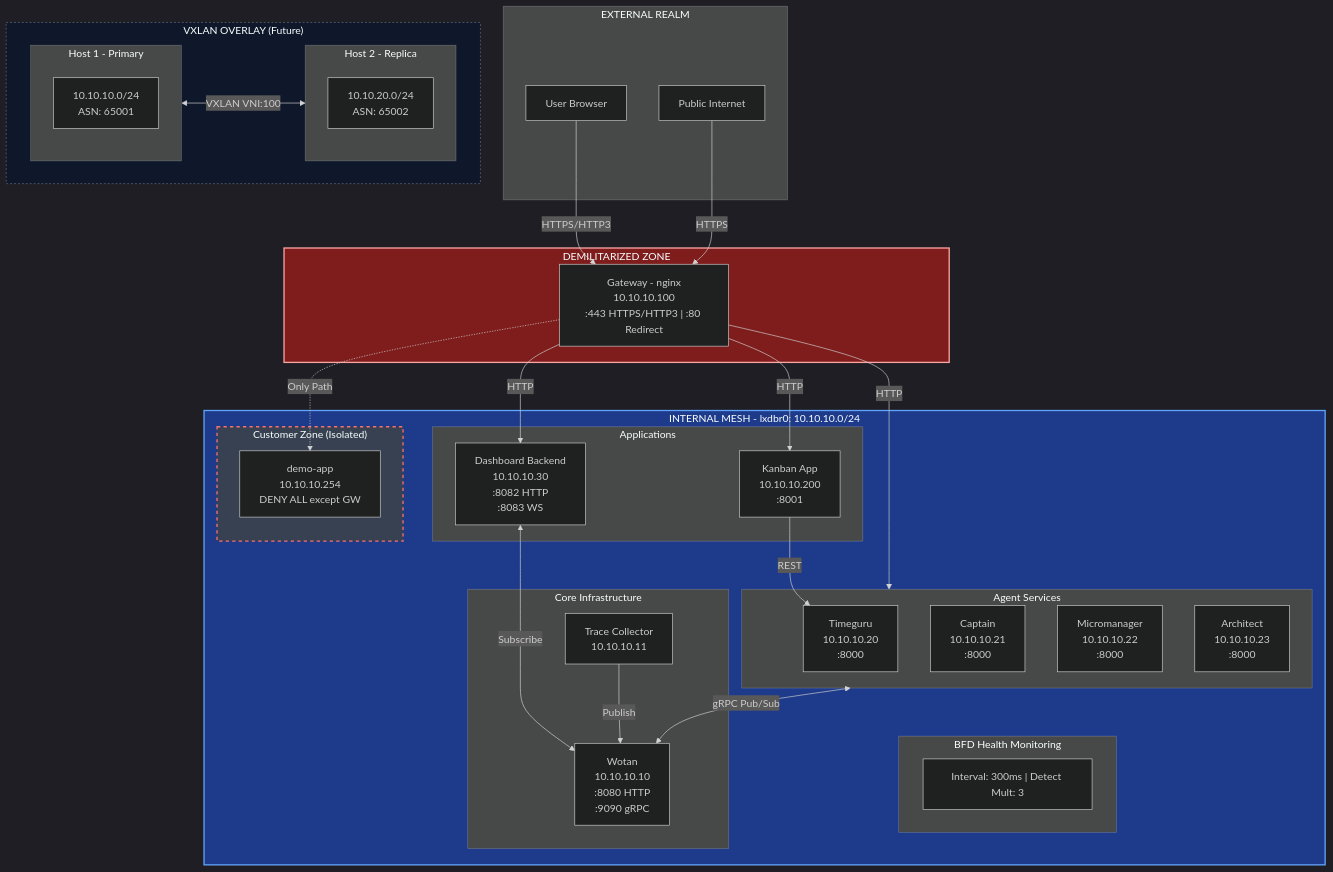
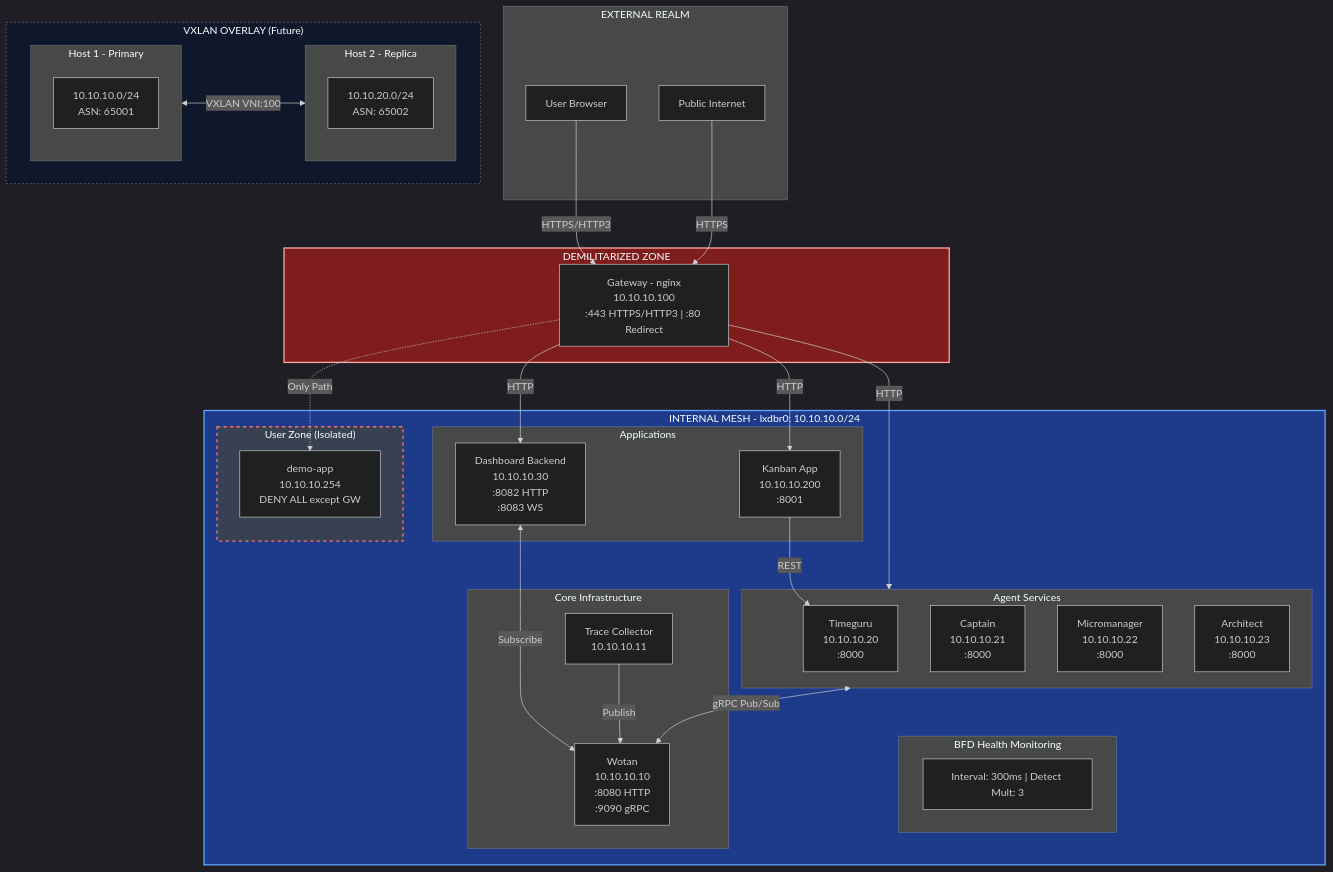
Before and after one commit to unheaded/unheaded: the fourth of 6 diagrams in docs/KINGDOM_ARCHITECTURE.md, drawn with Mermaid. The commit also changed other lines of this file and 47 other files, not shown here.

First line of the commit message:
docs(s37): documentation cleanup — customer→user, product→application, remove champagne/dogfooding

````diff
--- a/docs/KINGDOM_ARCHITECTURE.md
+++ b/docs/KINGDOM_ARCHITECTURE.md
@@ -782,67 +782,67 @@
 ```mermaid
 %%{init: {'theme': 'dark'}}%%
 flowchart TB
     subgraph EXTERNAL["EXTERNAL REALM"]
         BROWSER["User Browser"]
         INTERNET["Public Internet"]
     end
 
     subgraph DMZ["DEMILITARIZED ZONE"]
         GW["Gateway - nginx<br/>10.10.10.100<br/>:443 HTTPS/HTTP3 | :80 Redirect"]
     end
 
     subgraph MESH["INTERNAL MESH - lxdbr0: 10.10.10.0/24"]
         subgraph BFD["BFD Health Monitoring"]
             BFD_DESC["Interval: 300ms | Detect Mult: 3"]
         end
 
         subgraph CORE["Core Infrastructure"]
             WOTAN["Wotan<br/>10.10.10.10<br/>:8080 HTTP<br/>:9090 gRPC"]
             TRACE["Trace Collector<br/>10.10.10.11"]
         end
 
         subgraph AGENTS["Agent Services"]
             TIME["Timeguru<br/>10.10.10.20<br/>:8000"]
             CAP["Captain<br/>10.10.10.21<br/>:8000"]
             MICRO["Micromanager<br/>10.10.10.22<br/>:8000"]
             ARCH["Architect<br/>10.10.10.23<br/>:8000"]
         end
 
         subgraph APPS["Applications"]
             DASH["Dashboard Backend<br/>10.10.10.30<br/>:8082 HTTP<br/>:8083 WS"]
             KANBAN["Kanban App<br/>10.10.10.200<br/>:8001"]
         end
 
-        subgraph ISOLATED["Customer Zone (Isolated)"]
+        subgraph ISOLATED["User Zone (Isolated)"]
             DEMO["demo-app<br/>10.10.10.254<br/>DENY ALL except GW"]
         end
     end
 
     subgraph FUTURE["VXLAN OVERLAY (Future)"]
         subgraph H1["Host 1 - Primary"]
             H1_NET["10.10.10.0/24<br/>ASN: 65001"]
         end
         subgraph H2["Host 2 - Replica"]
             H2_NET["10.10.20.0/24<br/>ASN: 65002"]
         end
         H1 <-->|VXLAN VNI:100| H2
     end
 
     BROWSER -->|HTTPS/HTTP3| GW
     INTERNET -->|HTTPS| GW
 
     GW -->|HTTP| KANBAN
     GW -->|HTTP| DASH
     GW -->|HTTP| AGENTS
     GW -.->|Only Path| DEMO
 
     AGENTS <-->|gRPC Pub/Sub| WOTAN
     DASH <-->|Subscribe| WOTAN
     TRACE -->|Publish| WOTAN
     KANBAN -->|REST| TIME
 
     style DMZ fill:#7f1d1d,stroke:#fca5a5,stroke-width:2px
     style MESH fill:#1e3a8a,stroke:#60a5fa,stroke-width:2px
     style ISOLATED fill:#374151,stroke:#f87171,stroke-width:2px,stroke-dasharray: 5 5
     style FUTURE fill:#0f172a,stroke:#6b7280,stroke-width:1px,stroke-dasharray: 3 3
 ```
````
